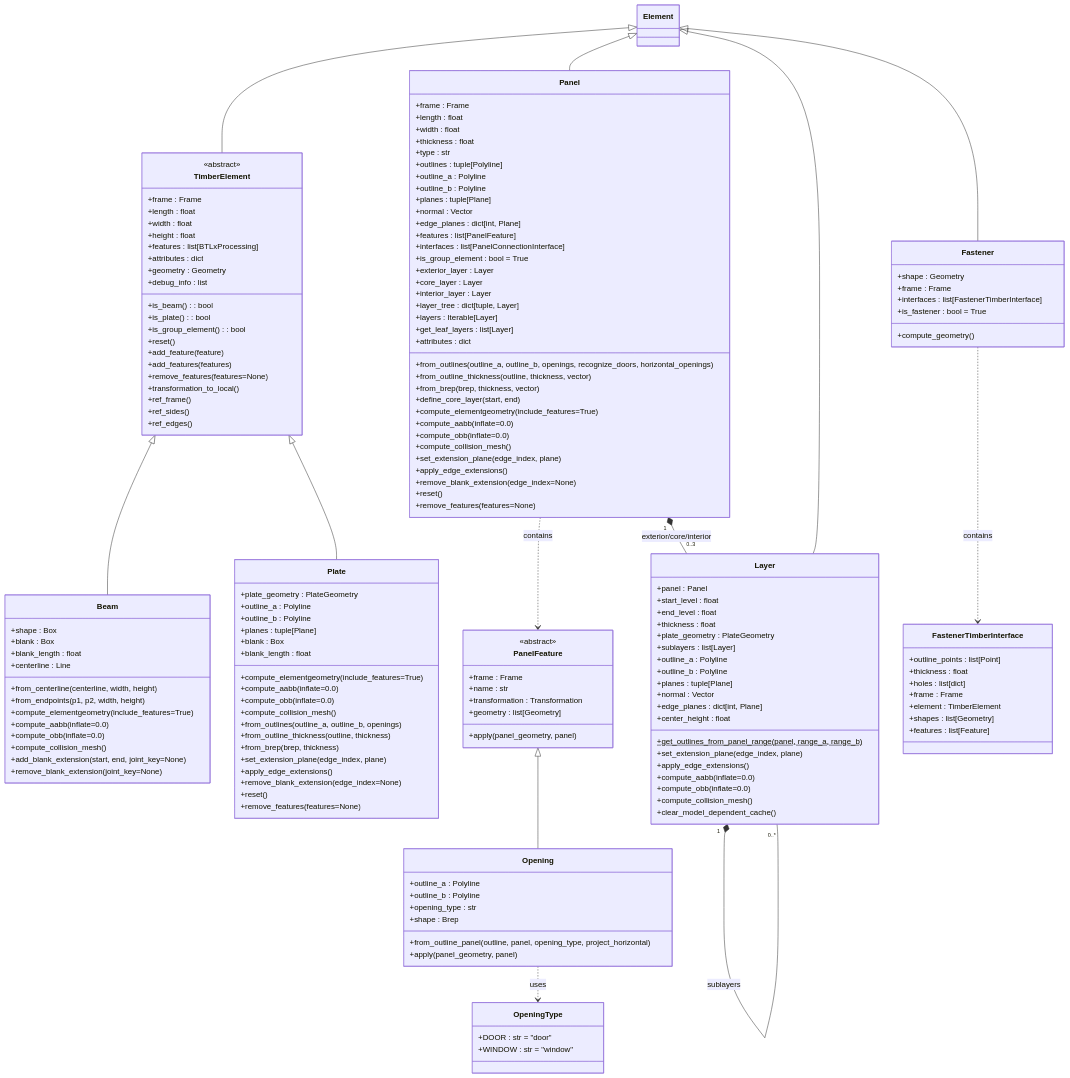
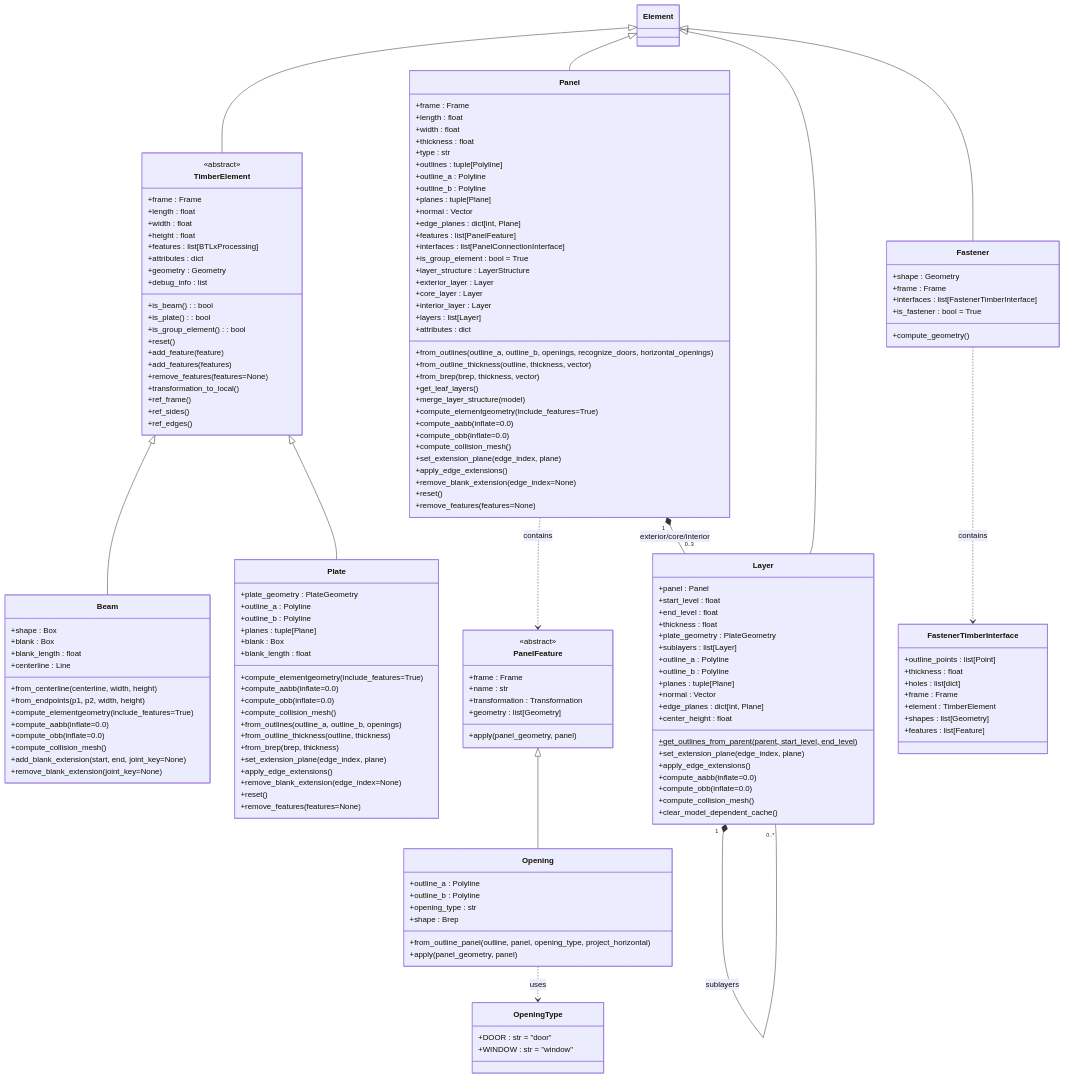
Before and after one commit to gramaziokohler/compas_timber: the first of 4 diagrams in docs/contribution/class_diagrams.md, drawn with Mermaid. The commit also changed 6 other files, not shown here.

```diff
--- a/docs/contribution/class_diagrams.md
+++ b/docs/contribution/class_diagrams.md
@@ -105,17 +105,17 @@
          +features : list[PanelFeature]
          +interfaces : list[PanelConnectionInterface]
          +is_group_element : bool = True
+         +layer_structure : LayerStructure
          +exterior_layer : Layer
          +core_layer : Layer
          +interior_layer : Layer
-         +layer_tree : dict[tuple, Layer]
-         +layers : Iterable[Layer]
-         +get_leaf_layers : list[Layer]
+         +layers : list[Layer]
          +attributes : dict
          +from_outlines(outline_a, outline_b, openings, recognize_doors, horizontal_openings)
          +from_outline_thickness(outline, thickness, vector)
          +from_brep(brep, thickness, vector)
-         +define_core_layer(start, end)
+         +get_leaf_layers()
+         +merge_layer_structure(model)
          +compute_elementgeometry(include_features=True)
          +compute_aabb(inflate=0.0)
          +compute_obb(inflate=0.0)
@@ -140,7 +140,7 @@
          +normal : Vector
          +edge_planes : dict[int, Plane]
          +center_height : float
-         +get_outlines_from_panel_range(panel, range_a, range_b)$
+         +get_outlines_from_parent(parent, start_level, end_level)$
          +set_extension_plane(edge_index, plane)
          +apply_edge_extensions()
          +compute_aabb(inflate=0.0)
```
